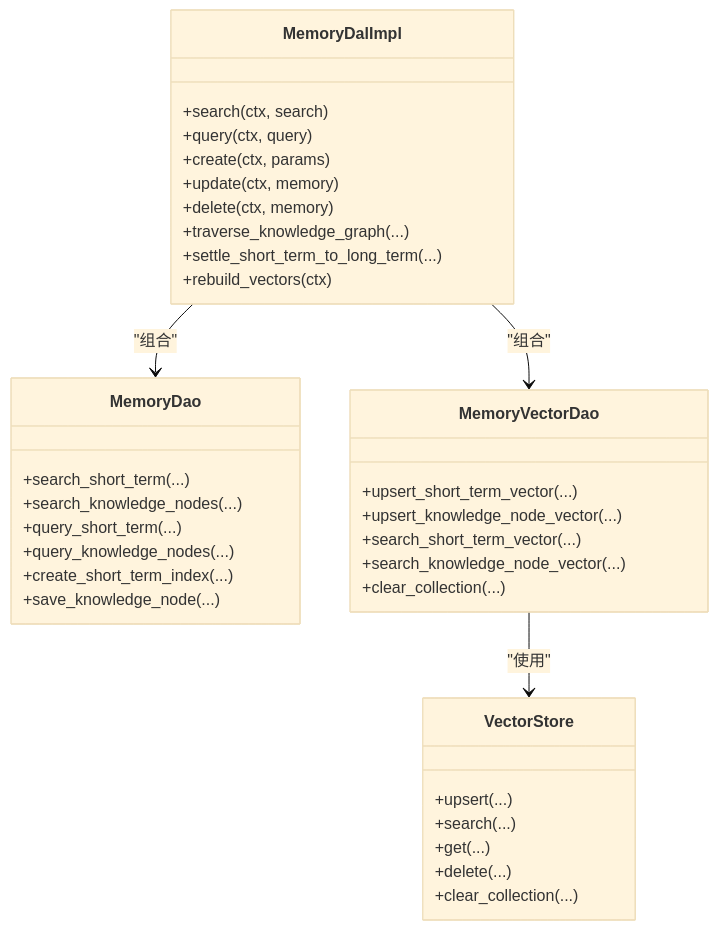
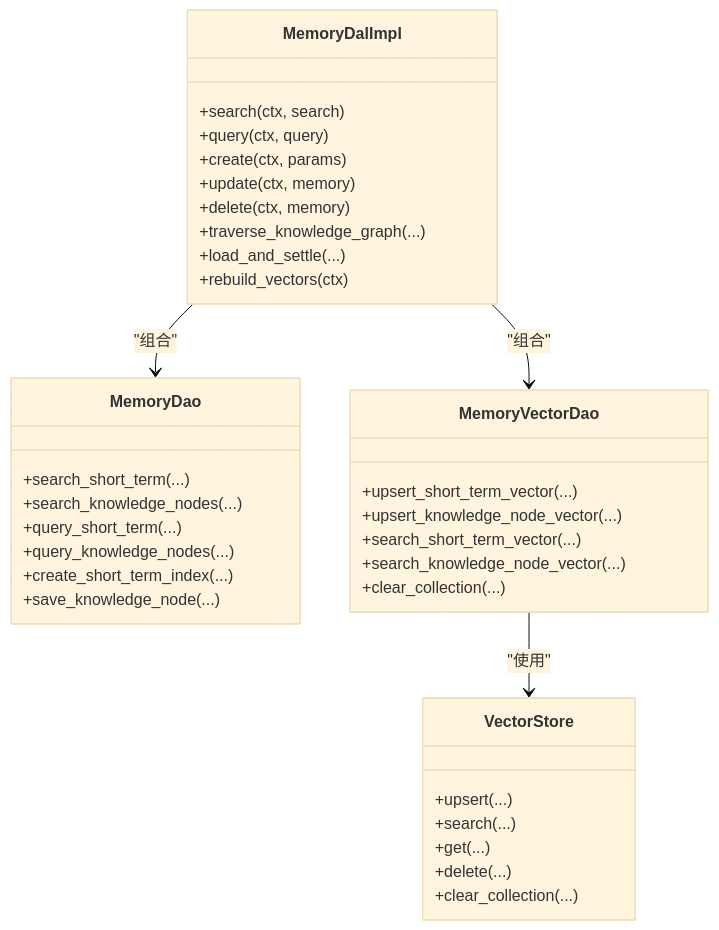
One commit to runningcoders/ai_orz changed the fourth of 4 diagrams in docs/wiki/zh/content/前端应用/页面模块/HR 管理页面/记忆搜索功能.md. Above: the diagram before and after it, drawn with Mermaid (base theme). The commit also changed other lines of this file and 82 other files, not shown here.

````diff
--- a/docs/wiki/zh/content/前端应用/页面模块/HR 管理页面/记忆搜索功能.md
+++ b/docs/wiki/zh/content/前端应用/页面模块/HR 管理页面/记忆搜索功能.md
@@ -235,38 +235,38 @@
 ```mermaid
 classDiagram
 class MemoryDalImpl {
 +search(ctx, search)
 +query(ctx, query)
 +create(ctx, params)
 +update(ctx, memory)
 +delete(ctx, memory)
 +traverse_knowledge_graph(...)
-+settle_short_term_to_long_term(...)
++load_and_settle(...)
 +rebuild_vectors(ctx)
 }
 class MemoryDao {
 +search_short_term(...)
 +search_knowledge_nodes(...)
 +query_short_term(...)
 +query_knowledge_nodes(...)
 +create_short_term_index(...)
 +save_knowledge_node(...)
 }
 class MemoryVectorDao {
 +upsert_short_term_vector(...)
 +upsert_knowledge_node_vector(...)
 +search_short_term_vector(...)
 +search_knowledge_node_vector(...)
 +clear_collection(...)
 }
 class VectorStore {
 +upsert(...)
 +search(...)
 +get(...)
 +delete(...)
 +clear_collection(...)
 }
 MemoryDalImpl --> MemoryDao : "组合"
 MemoryDalImpl --> MemoryVectorDao : "组合"
 MemoryVectorDao --> VectorStore : "使用"
 ```
````
